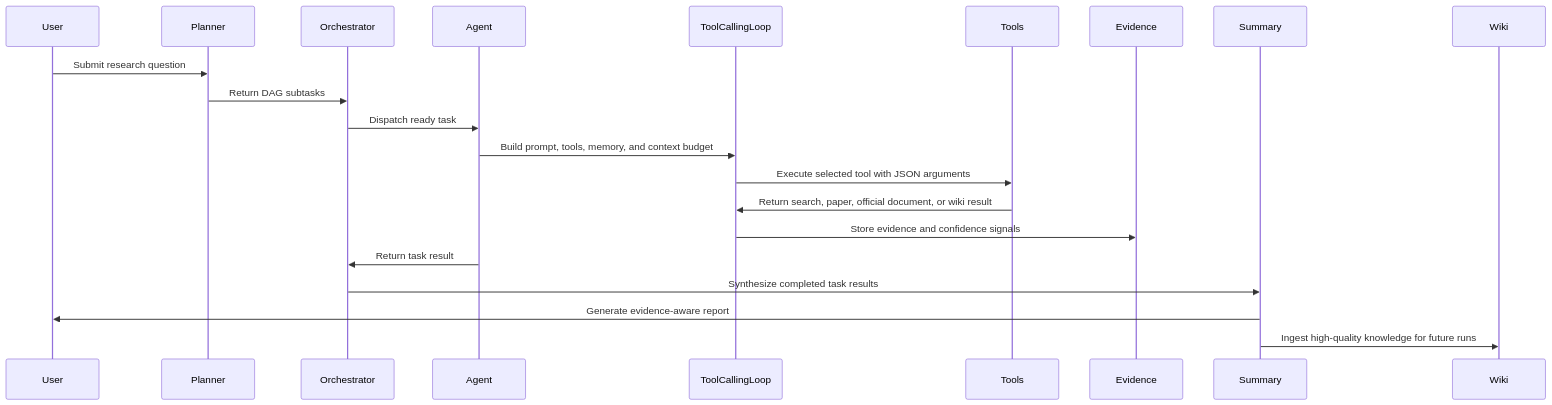
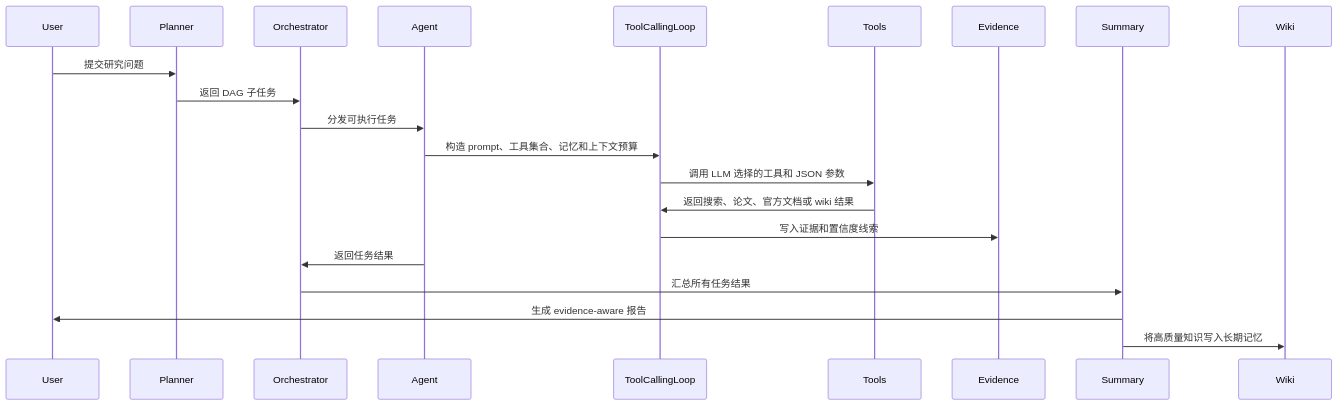
One commit to zxc3334/deepresearch changed the second of 2 diagrams in README.md. Above: the diagram before and after it, drawn with Mermaid. The commit also changed other lines of this file and 4 other files, not shown here.

````diff
--- a/README.md
+++ b/README.md
@@ -85,24 +85,24 @@
 ```mermaid
 sequenceDiagram
     participant User
     participant Planner
     participant Orchestrator
     participant Agent
     participant TLoop as ToolCallingLoop
     participant Tools
     participant Evidence
     participant Summary
     participant Wiki
 
-    User->>Planner: Submit research question
-    Planner->>Orchestrator: Return DAG subtasks
-    Orchestrator->>Agent: Dispatch ready task
-    Agent->>TLoop: Build prompt, tools, memory, and context budget
-    TLoop->>Tools: Execute selected tool with JSON arguments
-    Tools->>TLoop: Return search, paper, official document, or wiki result
-    TLoop->>Evidence: Store evidence and confidence signals
-    Agent->>Orchestrator: Return task result
-    Orchestrator->>Summary: Synthesize completed task results
-    Summary->>User: Generate evidence-aware report
-    Summary->>Wiki: Ingest high-quality knowledge for future runs
+    User->>Planner: 提交研究问题
+    Planner->>Orchestrator: 返回 DAG 子任务
+    Orchestrator->>Agent: 分发可执行任务
+    Agent->>TLoop: 构造 prompt、工具集合、记忆和上下文预算
+    TLoop->>Tools: 调用 LLM 选择的工具和 JSON 参数
+    Tools->>TLoop: 返回搜索、论文、官方文档或 wiki 结果
+    TLoop->>Evidence: 写入证据和置信度线索
+    Agent->>Orchestrator: 返回任务结果
+    Orchestrator->>Summary: 汇总所有任务结果
+    Summary->>User: 生成 evidence-aware 报告
+    Summary->>Wiki: 将高质量知识写入长期记忆
 ```
````
